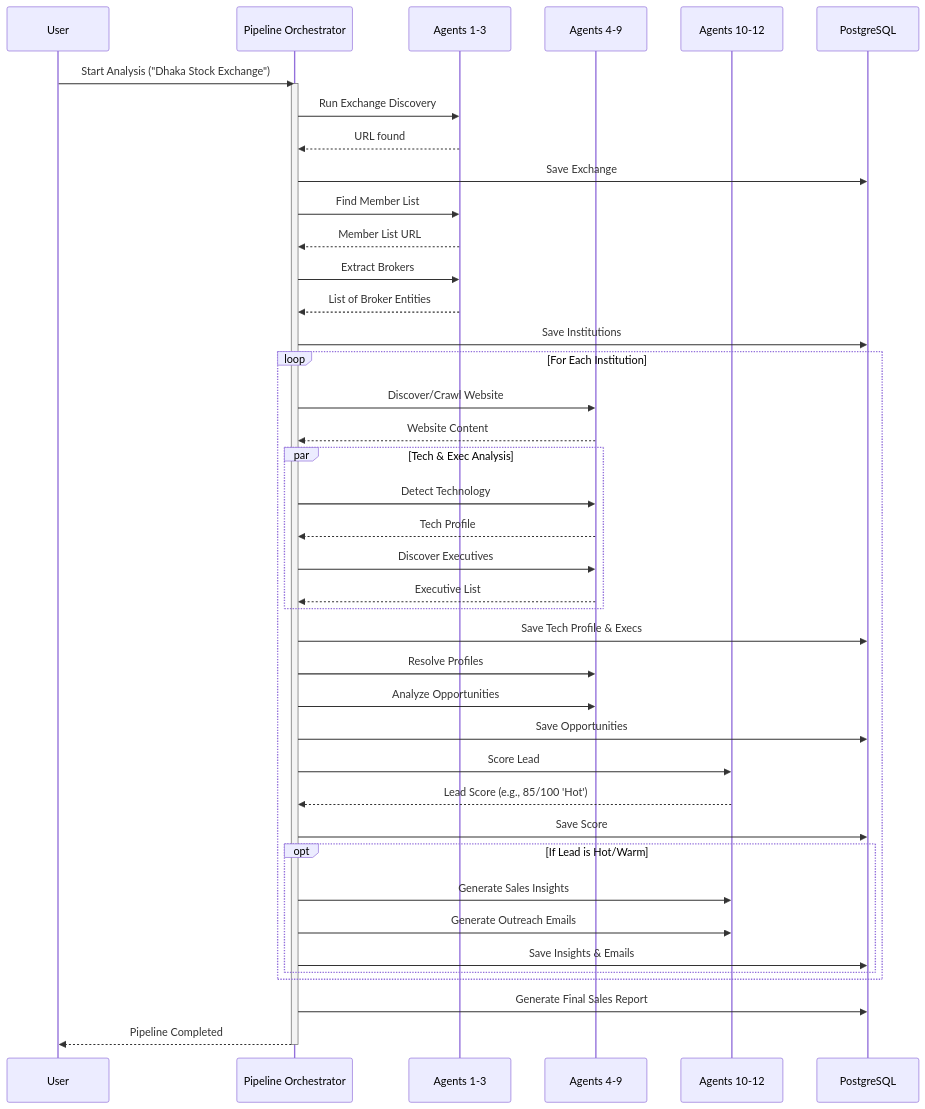
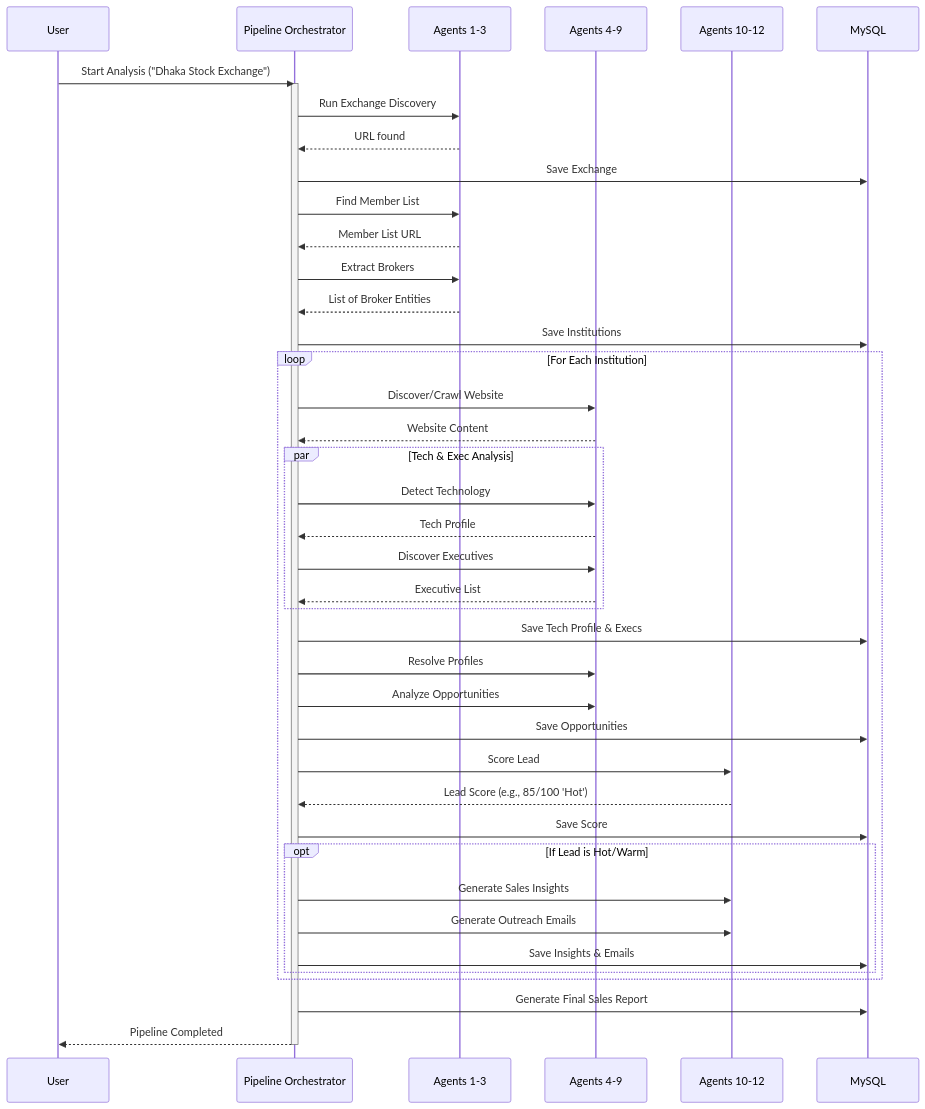
Before and after one commit to bparvej/fintech_sales_agent: the diagram in process_flow.md, drawn with Mermaid. The commit also changed other lines of this file and 9 other files, not shown here.

````diff
--- a/process_flow.md
+++ b/process_flow.md
@@ -24,55 +24,55 @@
 ```mermaid
 sequenceDiagram
     participant User
     participant Orchestrator as Pipeline Orchestrator
     participant Discovery as Agents 1-3
     participant Analysis as Agents 4-9
     participant Strategy as Agents 10-12
-    participant DB as PostgreSQL
+    participant DB as MySQL
     
     User->>Orchestrator: Start Analysis ("Dhaka Stock Exchange")
     activate Orchestrator
     
     Orchestrator->>Discovery: Run Exchange Discovery
     Discovery-->>Orchestrator: URL found
     Orchestrator->>DB: Save Exchange
     
     Orchestrator->>Discovery: Find Member List
     Discovery-->>Orchestrator: Member List URL
     
     Orchestrator->>Discovery: Extract Brokers
     Discovery-->>Orchestrator: List of Broker Entities
     Orchestrator->>DB: Save Institutions
     
     loop For Each Institution
         Orchestrator->>Analysis: Discover/Crawl Website
         Analysis-->>Orchestrator: Website Content
         
         par Tech & Exec Analysis
             Orchestrator->>Analysis: Detect Technology
             Analysis-->>Orchestrator: Tech Profile
             
             Orchestrator->>Analysis: Discover Executives
             Analysis-->>Orchestrator: Executive List
         end
         Orchestrator->>DB: Save Tech Profile & Execs
         
         Orchestrator->>Analysis: Resolve Profiles
         Orchestrator->>Analysis: Analyze Opportunities
         Orchestrator->>DB: Save Opportunities
         
         Orchestrator->>Strategy: Score Lead
         Strategy-->>Orchestrator: Lead Score (e.g., 85/100 'Hot')
         Orchestrator->>DB: Save Score
         
         opt If Lead is Hot/Warm
             Orchestrator->>Strategy: Generate Sales Insights
             Orchestrator->>Strategy: Generate Outreach Emails
             Orchestrator->>DB: Save Insights & Emails
         end
     end
     
     Orchestrator->>DB: Generate Final Sales Report
     Orchestrator-->>User: Pipeline Completed
     deactivate Orchestrator
 ```
````
